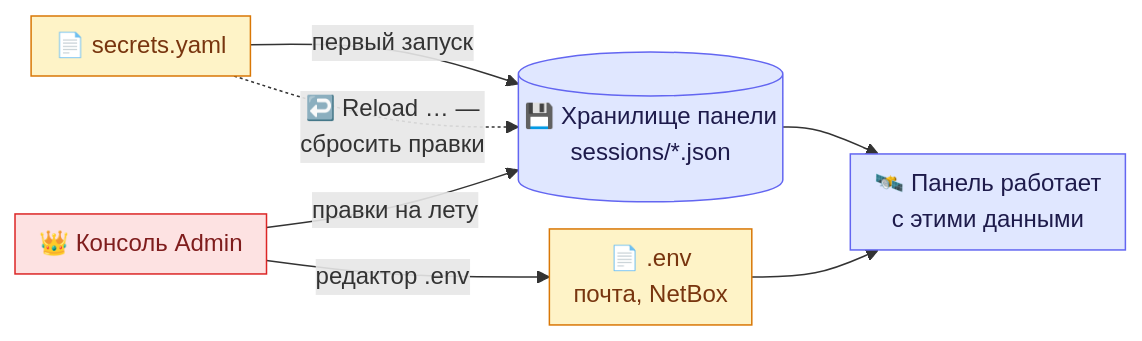
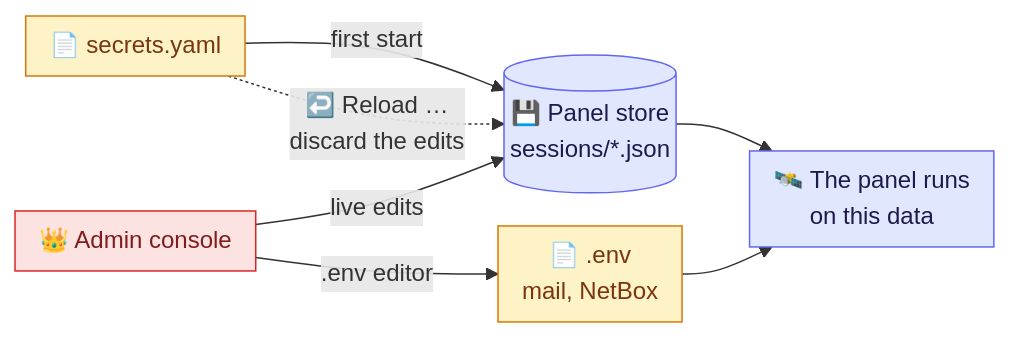
Before and after one commit to Madly222/MCPforMonitoring: the second of 2 diagrams in docs/features/08-admin.md, drawn with Mermaid. The commit also changed other lines of this file and 37 other files, not shown here.

````diff
--- a/docs/features/08-admin.md
+++ b/docs/features/08-admin.md
@@ -50,14 +50,14 @@
 ```mermaid
 %%{init: {"flowchart": {"nodeSpacing": 14, "rankSpacing": 45, "curve": "basis", "padding": 8, "wrappingWidth": 260}}}%%
 flowchart LR
-    Y["📄 secrets.yaml"]:::file -- "первый запуск" --> S[("💾 Хранилище панели<br/>sessions/*.json")]:::store
-    UI["👑 Консоль Admin"]:::super -- "правки на лету" --> S
-    S --> APP["🛰️ Панель работает<br/>с этими данными"]:::store
-    Y -. "↩️ Reload … —<br/>сбросить правки" .-> S
-    E["📄 .env<br/>почта, NetBox"]:::file --> APP
-    UI -- "редактор .env" --> E
+    Y["📄 secrets.yaml"]:::file -- "first start" --> S[("💾 Panel store<br/>sessions/*.json")]:::store
+    UI["👑 Admin console"]:::super -- "live edits" --> S
+    S --> APP["🛰️ The panel runs<br/>on this data"]:::store
+    Y -. "↩️ Reload …<br/>discard the edits" .-> S
+    E["📄 .env<br/>mail, NetBox"]:::file --> APP
+    UI -- ".env editor" --> E
 
     classDef file  fill:#fef3c7,stroke:#d97706,color:#78350f
     classDef store fill:#e0e7ff,stroke:#6366f1,color:#1e1b4b
     classDef super fill:#fde2e2,stroke:#dc2626,color:#7f1d1d
 ```
````
